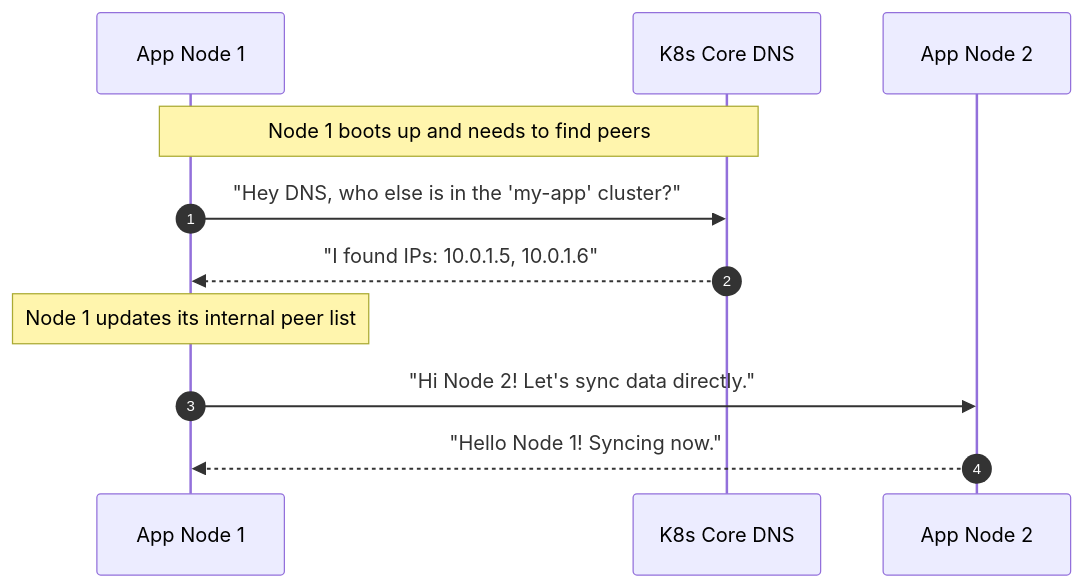
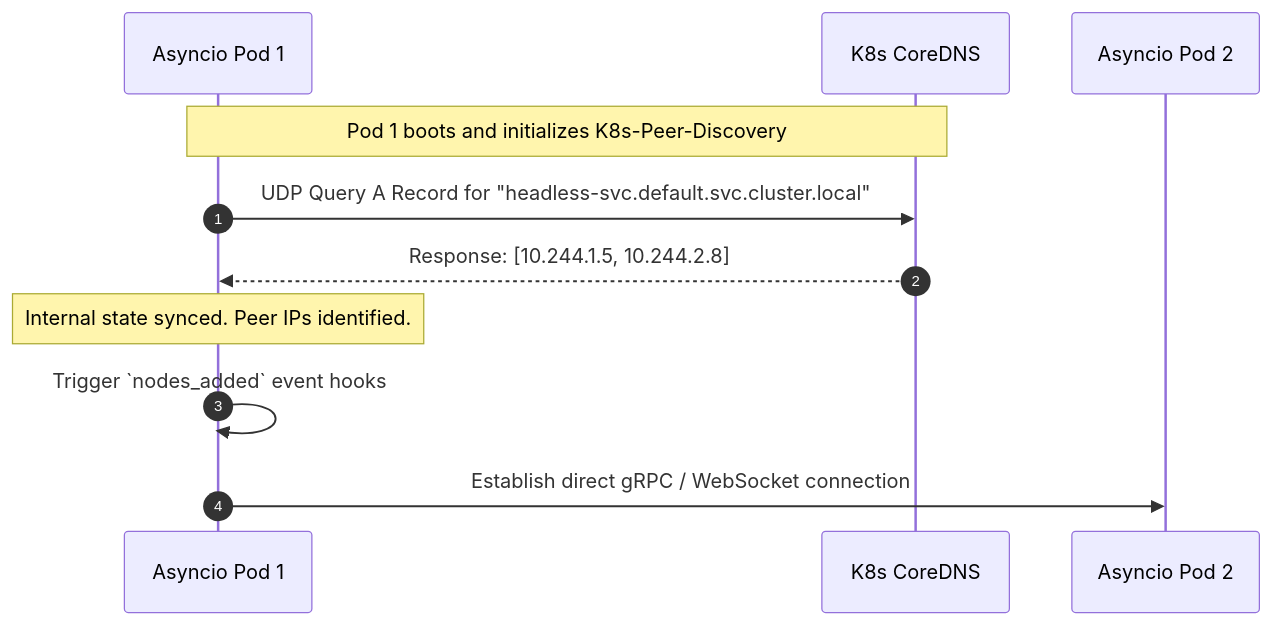
Before and after one commit to Sat-14/K8s-Peer-Discovery: the diagram in README.md, drawn with Mermaid. The commit also changed other lines of this file, not shown here.

Commit message:
Update README with technical details and robust diagrams

````diff
--- a/README.md
+++ b/README.md
@@ -15,18 +11,17 @@
 ```mermaid
 sequenceDiagram
-    %% Friendly styling
     autonumber
     
-    participant Node1 as  App Node 1
-    participant DNS as  K8s Core DNS
-    participant Node2 as  App Node 2
+    participant Pod1 as Asyncio Pod 1
+    participant DNS as K8s CoreDNS
+    participant Pod2 as Asyncio Pod 2
     
-    Note over Node1,DNS: Node 1 boots up and needs to find peers
-    Node1->>DNS: "Hey DNS, who else is in the 'my-app' cluster?"
-    DNS-->>Node1: "I found IPs: 10.0.1.5, 10.0.1.6"
+    Note over Pod1,DNS: Pod 1 boots and initializes K8s-Peer-Discovery
+    Pod1->>DNS: UDP Query A Record for "headless-svc.default.svc.cluster.local"
+    DNS-->>Pod1: Response: [10.244.1.5, 10.244.2.8]
     
-    Note over Node1: Node 1 updates its internal peer list
+    Note over Pod1: Internal state synced. Peer IPs identified.
     
-    Node1->>Node2: "Hi Node 2! Let's sync data directly."
-    Node2-->>Node1: "Hello Node 1! Syncing now."
+    Pod1->>Pod1: Trigger `nodes_added` event hooks
+    Pod1->>Pod2: Establish direct gRPC / WebSocket connection
 ```
````
